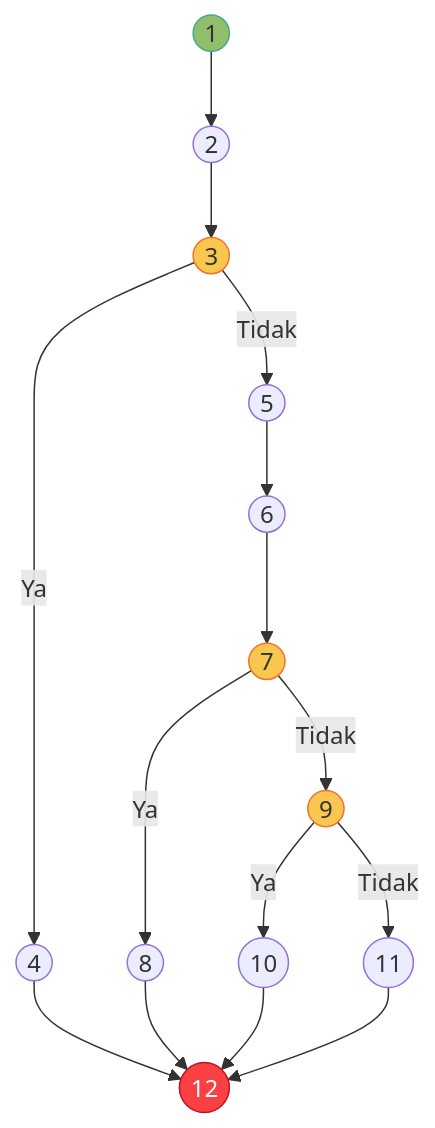
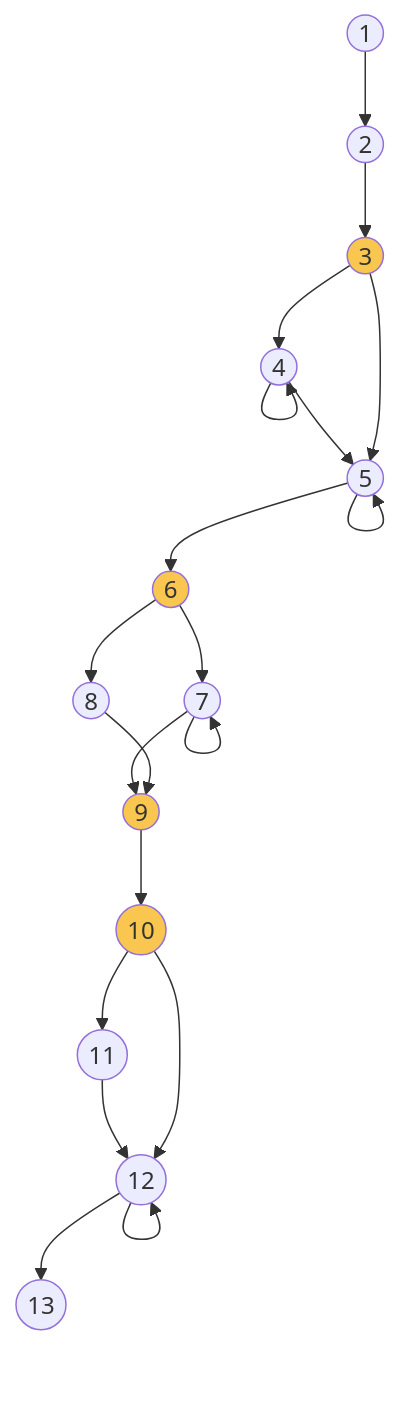
The second of 2 diagrams in docs/07_PENGUJIAN_WHITE_BOX.md (arbain-dev/Web_fikom), drawn with Mermaid before and after one commit. The commit also changed other lines of this file, not shown here.

````diff
--- a/docs/07_PENGUJIAN_WHITE_BOX.md
+++ b/docs/07_PENGUJIAN_WHITE_BOX.md
@@ -81,23 +66,27 @@
 ```mermaid
 graph TD
     N1((1)) --> N2((2))
     N2 --> N3((3))
-    N3 -->|Ya| N4((4))
-    N3 -->|Tidak| N5((5))
-    N4 --> N12((12))
+    N3 --> N4((4))
+    N4 --> N4
+    N4 --> N5((5))
+    N3 --> N5
+    N5 --> N5
     N5 --> N6((6))
     N6 --> N7((7))
-    N7 -->|Ya| N8((8))
-    N7 -->|Tidak| N9((9))
-    N8 --> N12
-    N9 -->|Ya| N10((10))
-    N9 -->|Tidak| N11((11))
+    N7 --> N7
+    N7 --> N9((9))
+    N6 --> N8((8))
+    N8 --> N9
+    N9 --> N10((10))
+    N10 --> N11((11))
+    N11 --> N12((12))
     N10 --> N12
-    N11 --> N12
+    N12 --> N12
+    N12 --> N13((13))
 
-    style N3 fill:#f9c74f,stroke:#f3722c
-    style N7 fill:#f9c74f,stroke:#f3722c
-    style N9 fill:#f9c74f,stroke:#f3722c
-    style N1 fill:#90be6d,stroke:#43aa8b
-    style N12 fill:#f94144,stroke:#c1121f,color:#fff
+    style N3 fill:#f9c74f
+    style N6 fill:#f9c74f
+    style N9 fill:#f9c74f
+    style N10 fill:#f9c74f
 ```
````
